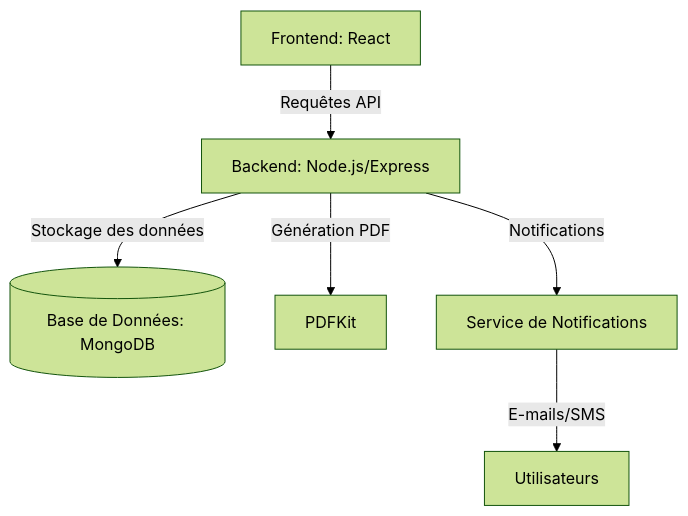
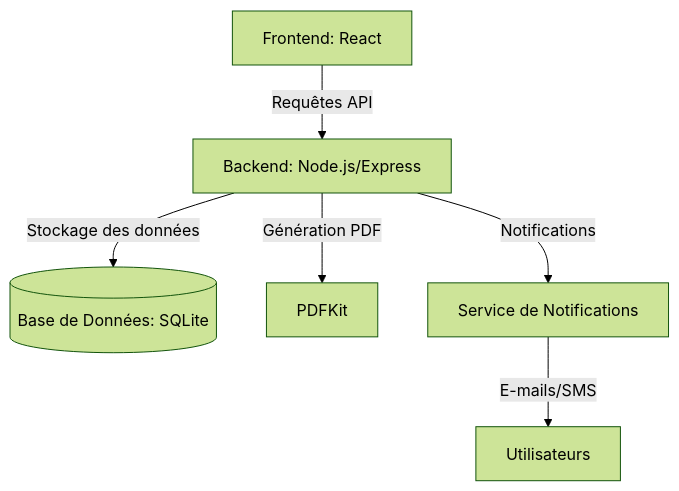
The first of 2 diagrams in blueprint.md (ZykeLaDebrouille/e-sign_pro), drawn with Mermaid (forest theme) before and after one commit. The commit also changed other lines of this file, not shown here.

````diff
--- a/blueprint.md
+++ b/blueprint.md
@@ -34,8 +34,8 @@
 ```mermaid
 graph TD
     A[Frontend: React] -->|Requêtes API| B[Backend: Node.js/Express]
-    B -->|Stockage des données| C[(Base de Données: MongoDB)]
+    B -->|Stockage des données| C[(Base de Données: SQLite)]
     B -->|Génération PDF| D[PDFKit]
     B -->|Notifications| E[Service de Notifications]
     E -->|E-mails/SMS| F[Utilisateurs]
 ```
````
